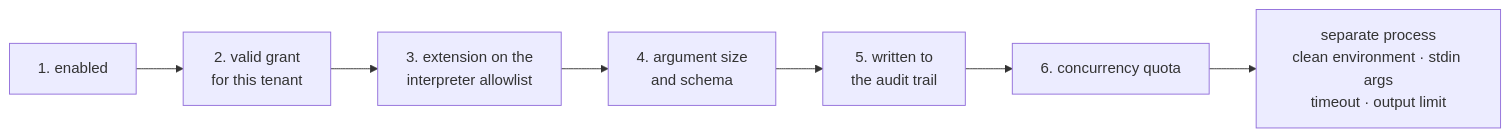
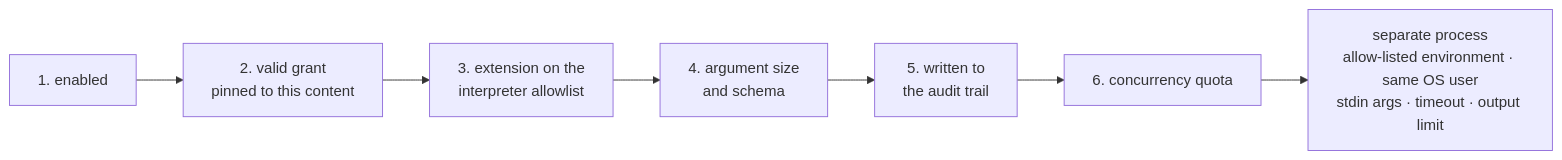
One commit to farukatasoy/Tracon changed the diagram in docs-site/src/content/docs/concepts/tools.md. Above: the diagram before and after it, drawn with Mermaid. The commit also changed other lines of this file and 106 other files, not shown here.

Commit message:
Pin script grants to the content they authorize

````diff
--- a/docs-site/src/content/docs/concepts/tools.md
+++ b/docs-site/src/content/docs/concepts/tools.md
@@ -296,11 +300,11 @@
 ```mermaid
 flowchart LR
     accTitle: Skill script security gates
-    accDescr: A skill script runs only after enabled, tenant grant, extension allowlist, path, budget, and runner checks all pass in order.
-    G1["1. enabled"] --> G2["2. valid grant<br/>for this tenant"]
+    accDescr: A skill script runs only after the enabled flag, a tenant grant pinned to its content, the interpreter allowlist, argument validation, the audit write, and the concurrency quota all pass in order.
+    G1["1. enabled"] --> G2["2. valid grant<br/>pinned to this content"]
     G2 --> G3["3. extension on the<br/>interpreter allowlist"]
     G3 --> G4["4. argument size<br/>and schema"]
     G4 --> G5["5. written to<br/>the audit trail"]
     G5 --> G6["6. concurrency quota"]
-    G6 --> RUN["separate process<br/>clean environment · stdin args<br/>timeout · output limit"]
+    G6 --> RUN["separate process<br/>allow-listed environment · same OS user<br/>stdin args · timeout · output limit"]
 ```
````
